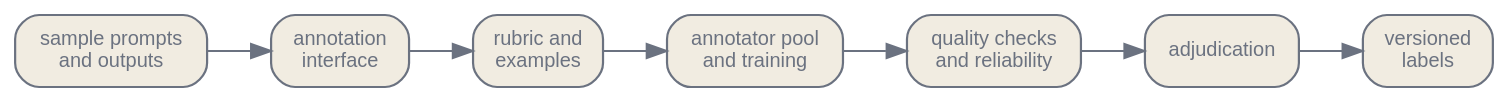
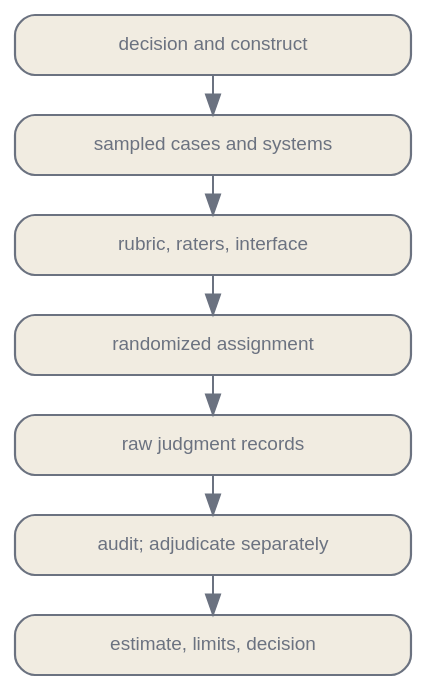
Before and after one commit to latere-ai/ai-as-an-infrastructure: the diagram in en/evaluation/03-human-evaluation-rubrics.qmd, drawn with Graphviz. The commit also changed other lines of this file and 5 other files, not shown here.

Commit message:
docs: rewrite human evaluation protocol

````diff
--- a/en/evaluation/03-human-evaluation-rubrics.qmd
+++ b/en/evaluation/03-human-evaluation-rubrics.qmd
@@ -11,19 +23,19 @@
 ```{dot}
 //| label: fig-human-evaluation-protocol
-//| fig-cap: "Human evaluation is a measurement pipeline. The final label is shaped by sampling, interface, rubric, annotator pool, reliability checks, and adjudication. Treating only the final score as data hides where the signal was created."
+//| fig-cap: "A human evaluation preserves the path from decision to raw judgments. Reliability analysis and adjudication both consume the raw records; adjudication does not overwrite them."
 digraph {
   bgcolor="transparent";
-  rankdir=LR;
-  nodesep=0.35; ranksep=0.45;
-  node [shape=box, style="rounded,filled", fontname="Helvetica", fontsize=10, color="#6b7280", fontcolor="#6b7280", fillcolor="#f1ece1", penwidth=1.1];
-  edge [fontsize=10, fontname="Helvetica", color="#6b7280", fontcolor="#6b7280"];
-  S [label="sample prompts\nand outputs"];
-  I [label="annotation\ninterface"];
-  R [label="rubric and\nexamples"];
-  A [label="annotator pool\nand training"];
-  Q [label="quality checks\nand reliability"];
-  D [label="adjudication"];
-  L [label="versioned\nlabels"];
-  S -> I -> R -> A -> Q -> D -> L;
+  rankdir=TB;
+  nodesep=0.22; ranksep=0.28;
+  node [shape=box, style="rounded,filled", fixedsize=true, width=2.75, height=0.42, fontname="Helvetica", fontsize=9.5, color="#6b7280", fontcolor="#6b7280", fillcolor="#f1ece1", penwidth=1.1];
+  edge [fontsize=9, fontname="Helvetica", color="#6b7280", fontcolor="#6b7280"];
+  C [label="decision and construct"];
+  S [label="sampled cases and systems"];
+  P [label="rubric, raters, interface"];
+  A [label="randomized assignment"];
+  R [label="raw judgment records"];
+  Q [label="audit; adjudicate separately"];
+  O [label="estimate, limits, decision"];
+  C -> S -> P -> A -> R -> Q -> O;
 }
 ```
````
